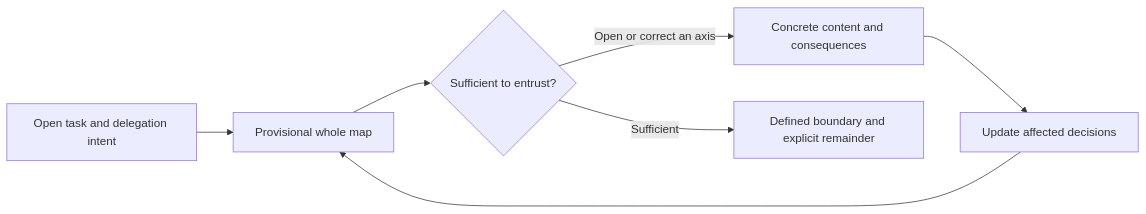
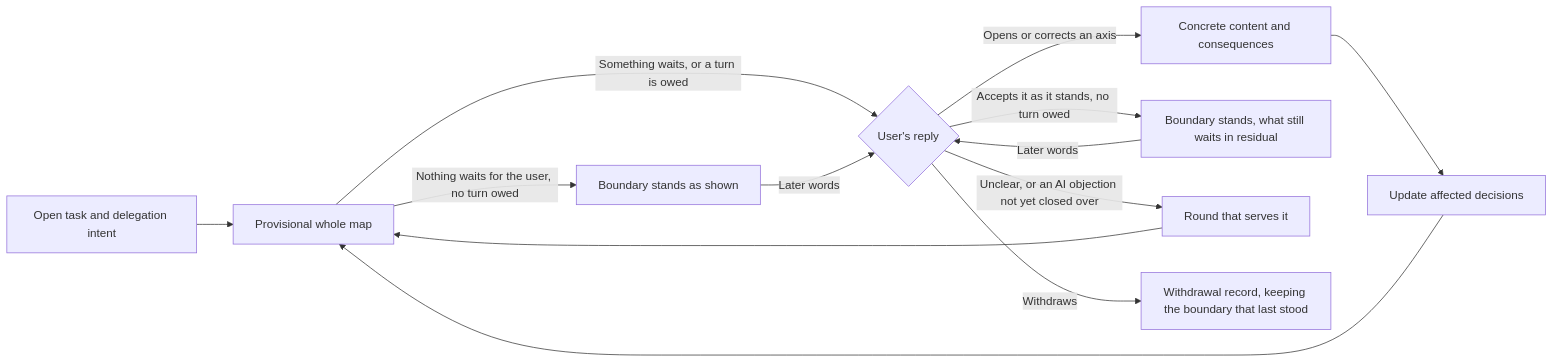
Before and after one commit to jongwony/epistemic-protocols: the diagram in horismos/README.md, drawn with Mermaid. The commit also changed other lines of this file and 11 other files, not shown here.

````diff
--- a/horismos/README.md
+++ b/horismos/README.md
@@ -9,9 +9,15 @@
 ```mermaid
 flowchart LR
     A[Open task and delegation intent] --> B[Provisional whole map]
-    B --> C{Sufficient to entrust?}
-    C -->|Open or correct an axis| D[Concrete content and consequences]
+    B -->|Nothing waits for the user, no turn owed| G[Boundary stands as shown]
+    B -->|Something waits, or a turn is owed| C{User's reply}
+    C -->|Opens or corrects an axis| D[Concrete content and consequences]
     D --> E[Update affected decisions]
     E --> B
-    C -->|Sufficient| F[Defined boundary and explicit remainder]
+    C -->|Accepts it as it stands, no turn owed| F[Boundary stands, what still waits in residual]
+    C -->|Unclear, or an AI objection not yet closed over| H[Round that serves it]
+    H --> B
+    C -->|Withdraws| W[Withdrawal record, keeping the boundary that last stood]
+    F -->|Later words| C
+    G -->|Later words| C
 ```
````
